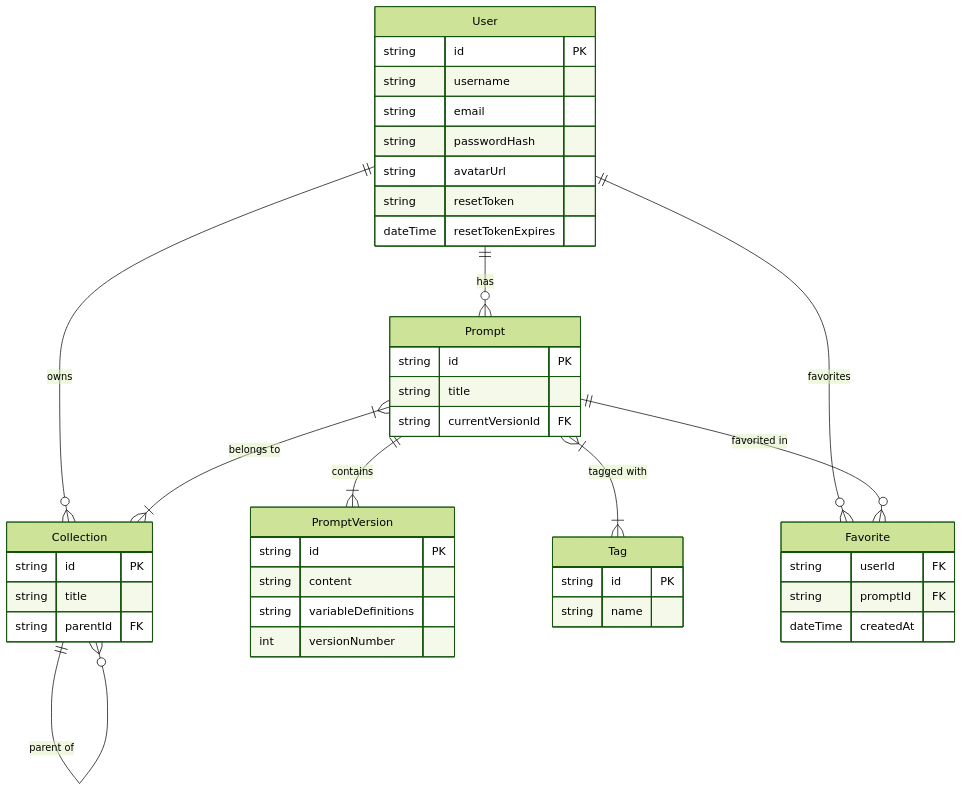
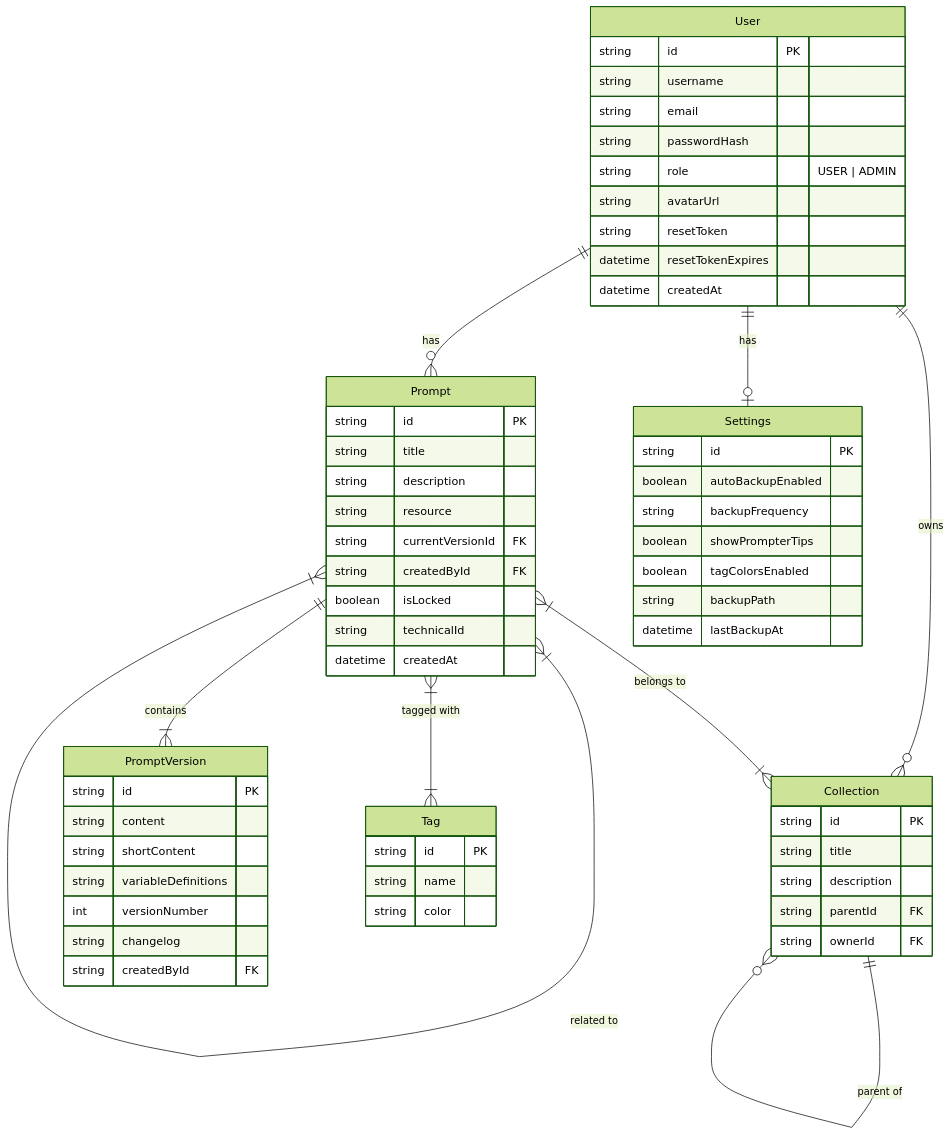
One commit to jovd83/prompthive changed the second of 3 diagrams in docs/technical/TECHNICAL_REFERENCE.md. Above: the diagram before and after it, drawn with Mermaid (forest theme). The commit also changed 246 other files, not shown here.

````diff
--- a/docs/technical/TECHNICAL_REFERENCE.md
+++ b/docs/technical/TECHNICAL_REFERENCE.md
@@ -47,50 +47,68 @@
 ```mermaid
 erDiagram
     User ||--o{ Prompt : has
     User ||--o{ Collection : owns
+    User ||--o| Settings : has
     User {
         string id PK
         string username
         string email
         string passwordHash
+        string role "USER | ADMIN"
         string avatarUrl
         string resetToken
-        dateTime resetTokenExpires
+        datetime resetTokenExpires
+        datetime createdAt
+    }
+
+    Settings {
+        string id PK
+        boolean autoBackupEnabled
+        string backupFrequency
+        boolean showPrompterTips
+        boolean tagColorsEnabled
+        string backupPath
+        datetime lastBackupAt
     }
     
     Prompt ||--|{ PromptVersion : contains
     Prompt }|--|{ Collection : "belongs to"
     Prompt }|--|{ Tag : "tagged with"
+    Prompt }|--|{ Prompt : "related to"
     Prompt {
         string id PK
         string title
+        string description
+        string resource
         string currentVersionId FK
+        string createdById FK
+        boolean isLocked
+        string technicalId
+        datetime createdAt
     }
 
     PromptVersion {
         string id PK
         string content
+        string shortContent
         string variableDefinitions
         int versionNumber
+        string changelog
+        string createdById FK
     }
 
     Collection ||--o{ Collection : "parent of"
     Collection {
         string id PK
         string title
+        string description
         string parentId FK
+        string ownerId FK
     }
 
     Tag {
         string id PK
         string name
-    }
-
-    User ||--o{ Favorite : "favorites"
-    Prompt ||--o{ Favorite : "favorited in"
-    Favorite {
-        string userId FK
-        string promptId FK
-        dateTime createdAt
+        string color
     }
 ```
````
